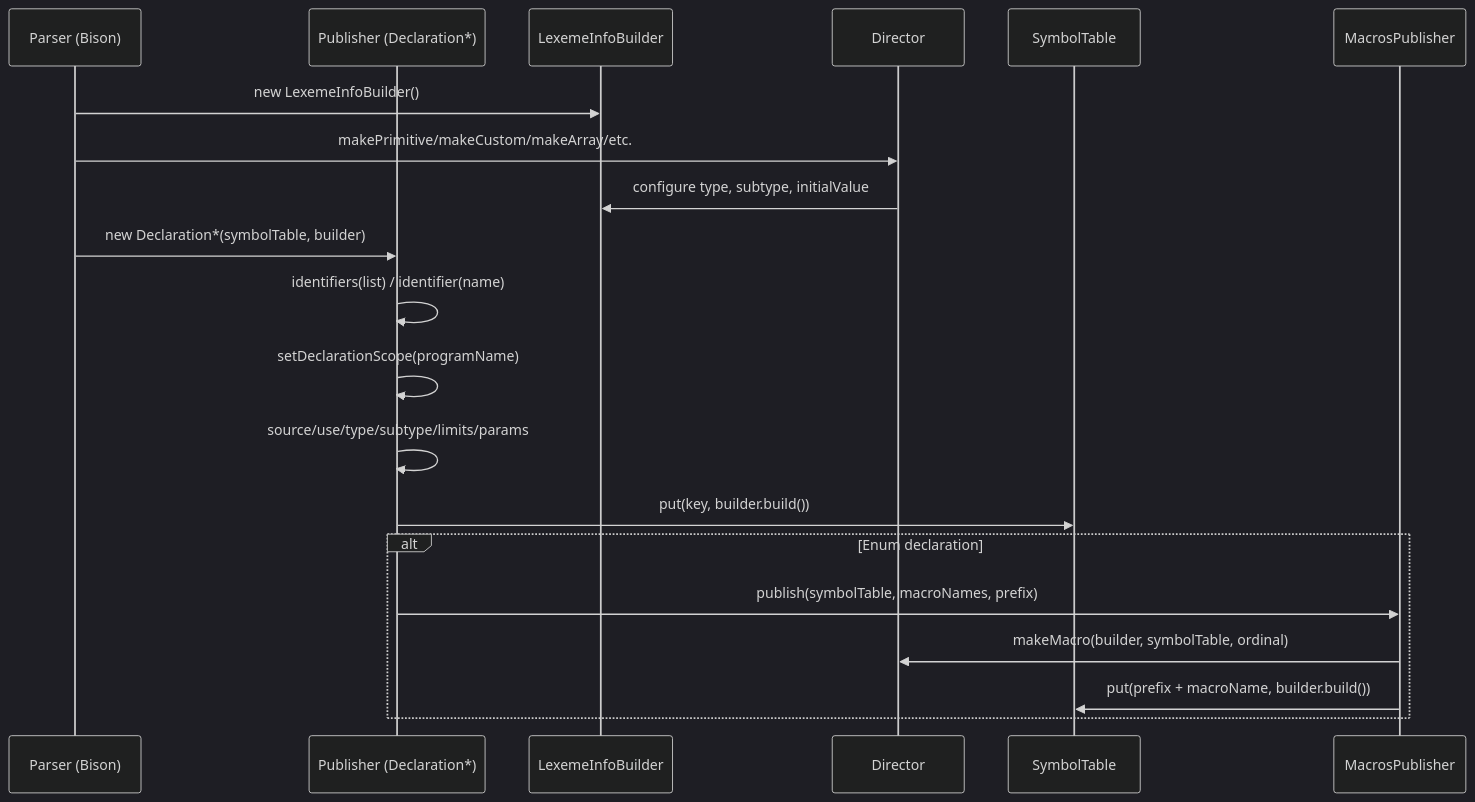
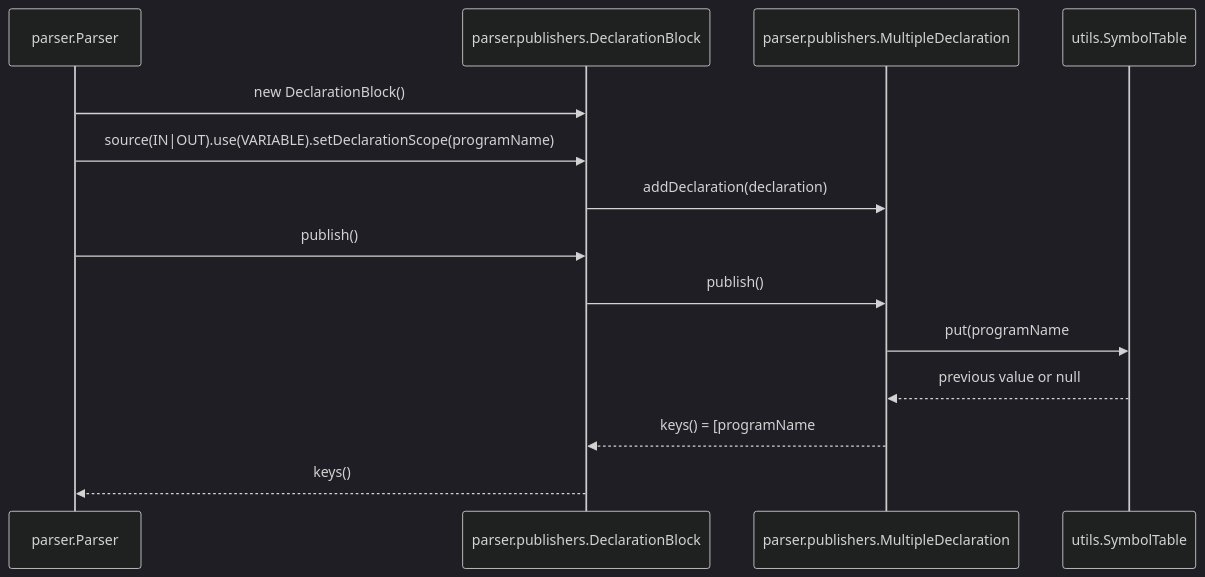
Before and after one commit to PascalUser/FLC-IEC61131-7: the fifth of 6 diagrams in doc/modules/parser.md, drawn with Mermaid (dark theme). The commit also changed other lines of this file and 47 other files, not shown here.

````diff
--- a/doc/modules/parser.md
+++ b/doc/modules/parser.md
@@ -673,24 +641,17 @@
 ```mermaid
 sequenceDiagram
-    participant Parser as Parser (Bison)
-    participant Pub as Publisher (Declaration*)
-    participant Builder as LexemeInfoBuilder
-    participant Director as Director
-    participant ST as SymbolTable
-    participant MacroPub as MacrosPublisher
+    participant Parser as parser.Parser
+    participant PD as parser.publishers.DeclarationBlock
+    participant MD as parser.publishers.MultipleDeclaration
+    participant ST as utils.SymbolTable
 
-    Parser->>Builder: new LexemeInfoBuilder()
-    Parser->>Director: makePrimitive/makeCustom/makeArray/etc.
-    Director->>Builder: configure type, subtype, initialValue
-    Parser->>Pub: new Declaration*(symbolTable, builder)
-    Pub->>Pub: identifiers(list) / identifier(name)
-    Pub->>Pub: setDeclarationScope(programName)
-    Pub->>Pub: source/use/type/subtype/limits/params
-    Pub->>ST: put(key, builder.build())
-    
-    alt Enum declaration
-        Pub->>MacroPub: publish(symbolTable, macroNames, prefix)
-        MacroPub->>Director: makeMacro(builder, symbolTable, ordinal)
-        MacroPub->>ST: put(prefix + macroName, builder.build())
-    end
+    Parser->>PD: new DeclarationBlock()
+    Parser->>PD: source(IN|OUT).use(VARIABLE).setDeclarationScope(programName)
+    PD->>MD: addDeclaration(declaration)
+    Parser->>PD: publish()
+    PD->>MD: publish()
+    MD->>ST: put(programName#identifier, builder.build()) for each identifier
+    ST-->>MD: previous value or null
+    MD-->>PD: keys() = [programName#id1, programName#id2]
+    PD-->>Parser: keys()
 ```
````
